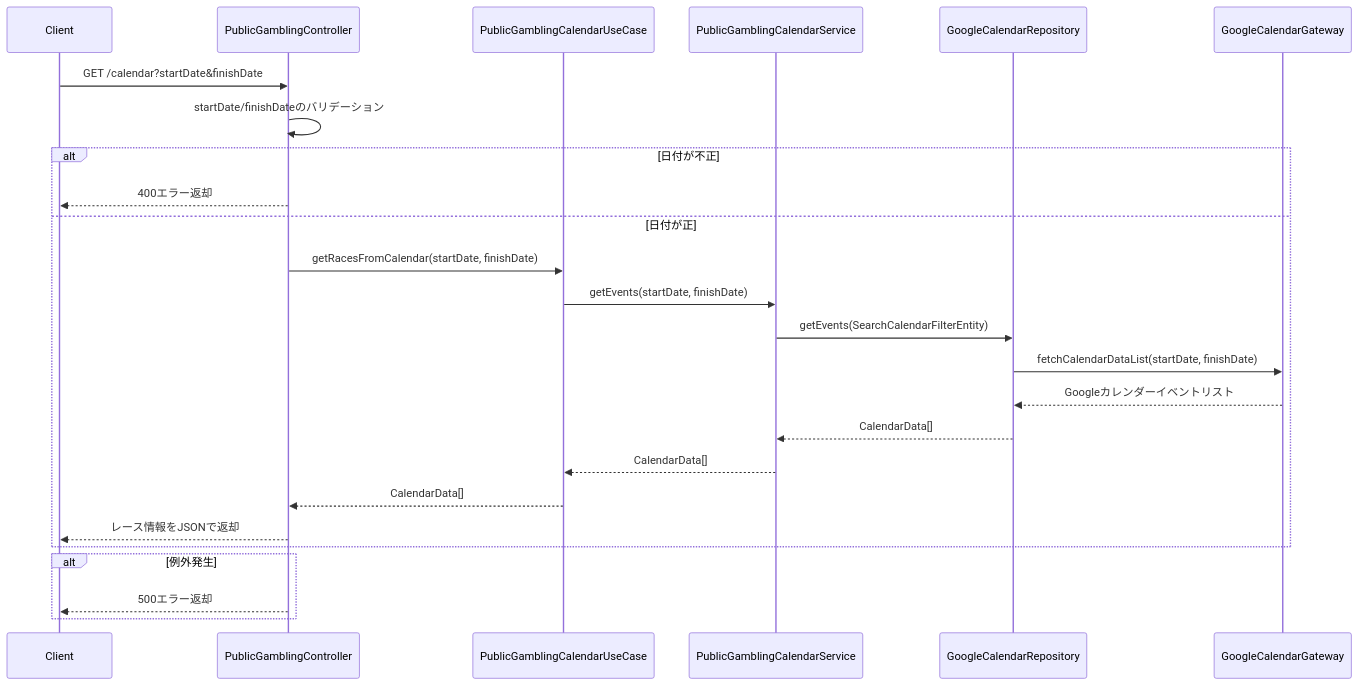
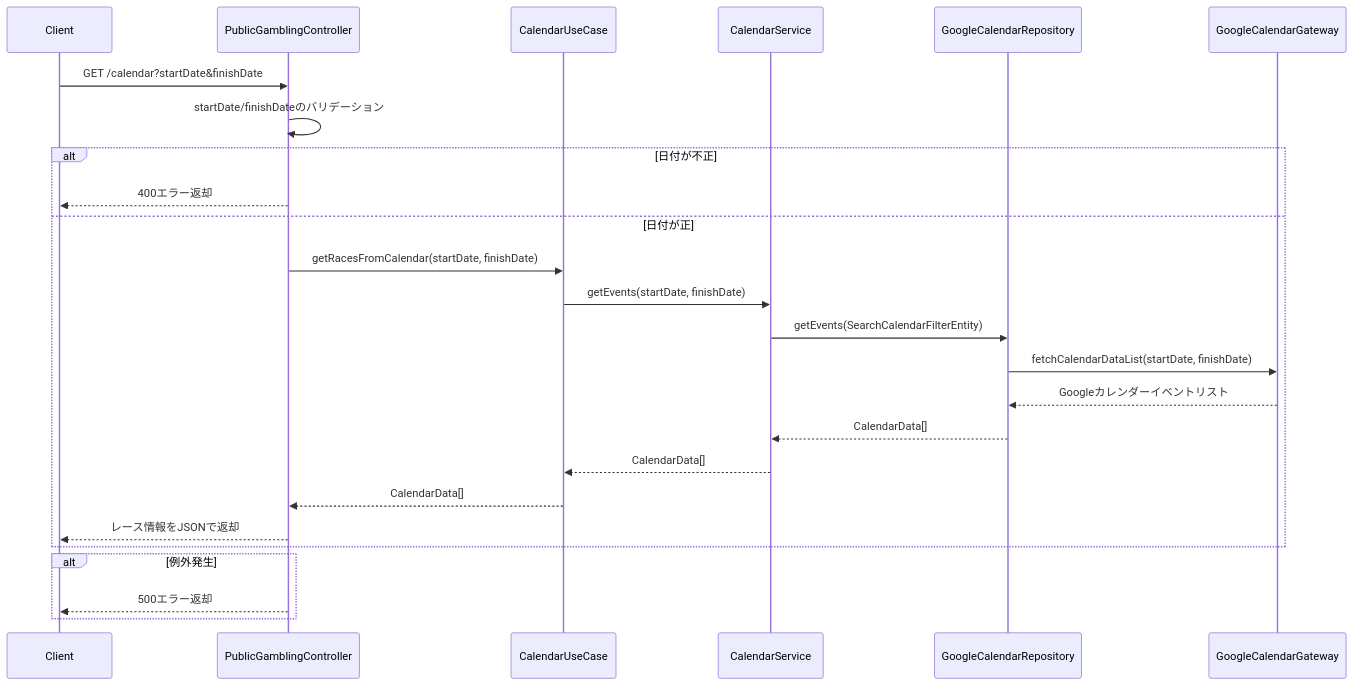
Before and after one commit to taichi6930/race-schedule-api: the diagram in document/detail-design/sequence/publicGambling/getRacesFromCalendar.md, drawn with Mermaid. The commit also changed 26 other files, not shown here.

````diff
--- a/document/detail-design/sequence/publicGambling/getRacesFromCalendar.md
+++ b/document/detail-design/sequence/publicGambling/getRacesFromCalendar.md
@@ -3,28 +3,28 @@
 ```mermaid
 sequenceDiagram
     participant Client
     participant PublicGamblingController
-    participant PublicGamblingCalendarUseCase
-    participant PublicGamblingCalendarService
+    participant CalendarUseCase
+    participant CalendarService
     participant GoogleCalendarRepository
     participant GoogleCalendarGateway
 
     Client->>PublicGamblingController: GET /calendar?startDate&finishDate
     PublicGamblingController->>PublicGamblingController: startDate/finishDateのバリデーション
     alt 日付が不正
         PublicGamblingController-->>Client: 400エラー返却
     else 日付が正
-        PublicGamblingController->>PublicGamblingCalendarUseCase: getRacesFromCalendar(startDate, finishDate)
-        PublicGamblingCalendarUseCase->>PublicGamblingCalendarService: getEvents(startDate, finishDate)
-        PublicGamblingCalendarService->>GoogleCalendarRepository: getEvents(SearchCalendarFilterEntity)
+        PublicGamblingController->>CalendarUseCase: getRacesFromCalendar(startDate, finishDate)
+        CalendarUseCase->>CalendarService: getEvents(startDate, finishDate)
+        CalendarService->>GoogleCalendarRepository: getEvents(SearchCalendarFilterEntity)
         GoogleCalendarRepository->>GoogleCalendarGateway: fetchCalendarDataList(startDate, finishDate)
         GoogleCalendarGateway-->>GoogleCalendarRepository: Googleカレンダーイベントリスト
-        GoogleCalendarRepository-->>PublicGamblingCalendarService: CalendarData[]
-        PublicGamblingCalendarService-->>PublicGamblingCalendarUseCase: CalendarData[]
-        PublicGamblingCalendarUseCase-->>PublicGamblingController: CalendarData[]
+        GoogleCalendarRepository-->>CalendarService: CalendarData[]
+        CalendarService-->>CalendarUseCase: CalendarData[]
+        CalendarUseCase-->>PublicGamblingController: CalendarData[]
         PublicGamblingController-->>Client: レース情報をJSONで返却
     end
     alt 例外発生
         PublicGamblingController-->>Client: 500エラー返却
     end
 ```
````
